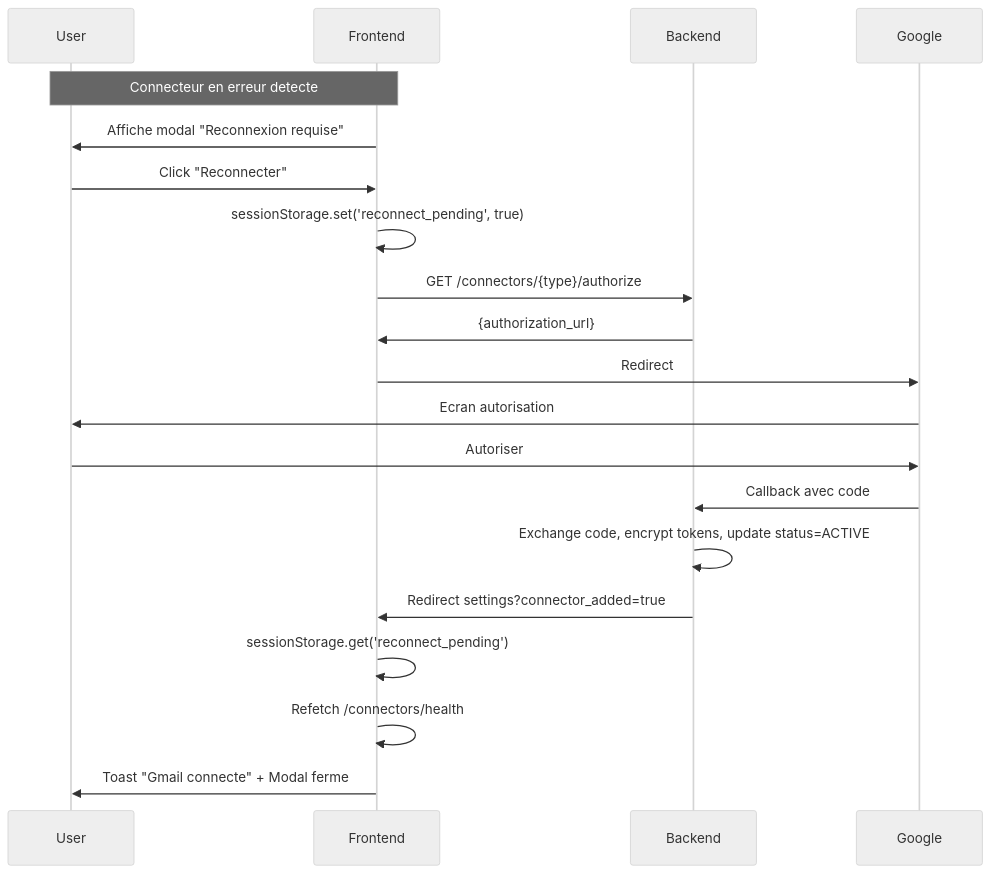
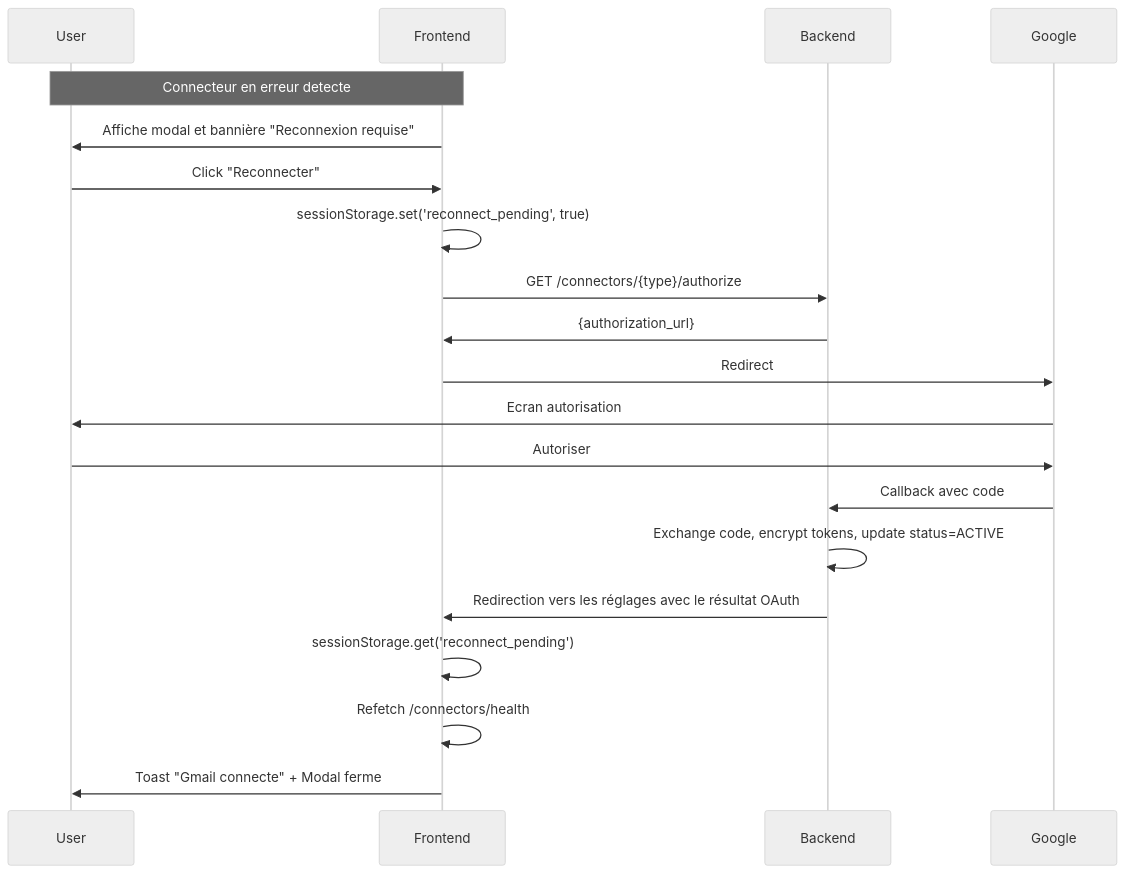
Before and after one commit to jgouviergmail/LIA-Assistant: the diagram in docs/technical/OAUTH_HEALTH_CHECK.md, drawn with Mermaid (neutral theme). The commit also changed other lines of this file and 245 other files, not shown here.

````diff
--- a/docs/technical/OAUTH_HEALTH_CHECK.md
+++ b/docs/technical/OAUTH_HEALTH_CHECK.md
@@ -184,23 +204,23 @@
 ```mermaid
 sequenceDiagram
     participant User
     participant Frontend
     participant Backend
     participant Google
 
     Note over User,Frontend: Connecteur en erreur detecte
-    Frontend->>User: Affiche modal "Reconnexion requise"
+    Frontend->>User: Affiche modal et bannière "Reconnexion requise"
     User->>Frontend: Click "Reconnecter"
     Frontend->>Frontend: sessionStorage.set('reconnect_pending', true)
     Frontend->>Backend: GET /connectors/{type}/authorize
     Backend->>Frontend: {authorization_url}
     Frontend->>Google: Redirect
     Google->>User: Ecran autorisation
     User->>Google: Autoriser
     Google->>Backend: Callback avec code
     Backend->>Backend: Exchange code, encrypt tokens, update status=ACTIVE
-    Backend->>Frontend: Redirect settings?connector_added=true
+    Backend->>Frontend: Redirection vers les réglages avec le résultat OAuth
     Frontend->>Frontend: sessionStorage.get('reconnect_pending')
     Frontend->>Frontend: Refetch /connectors/health
     Frontend->>User: Toast "Gmail connecte" + Modal ferme
 ```
````
